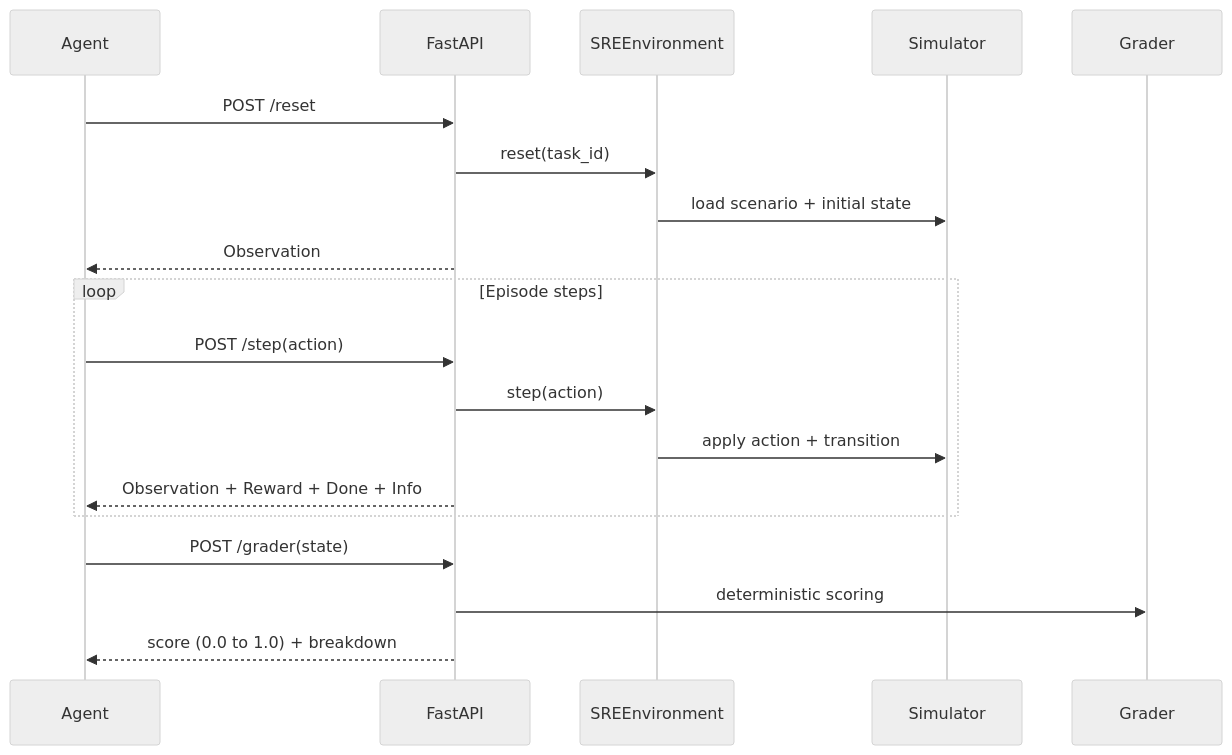
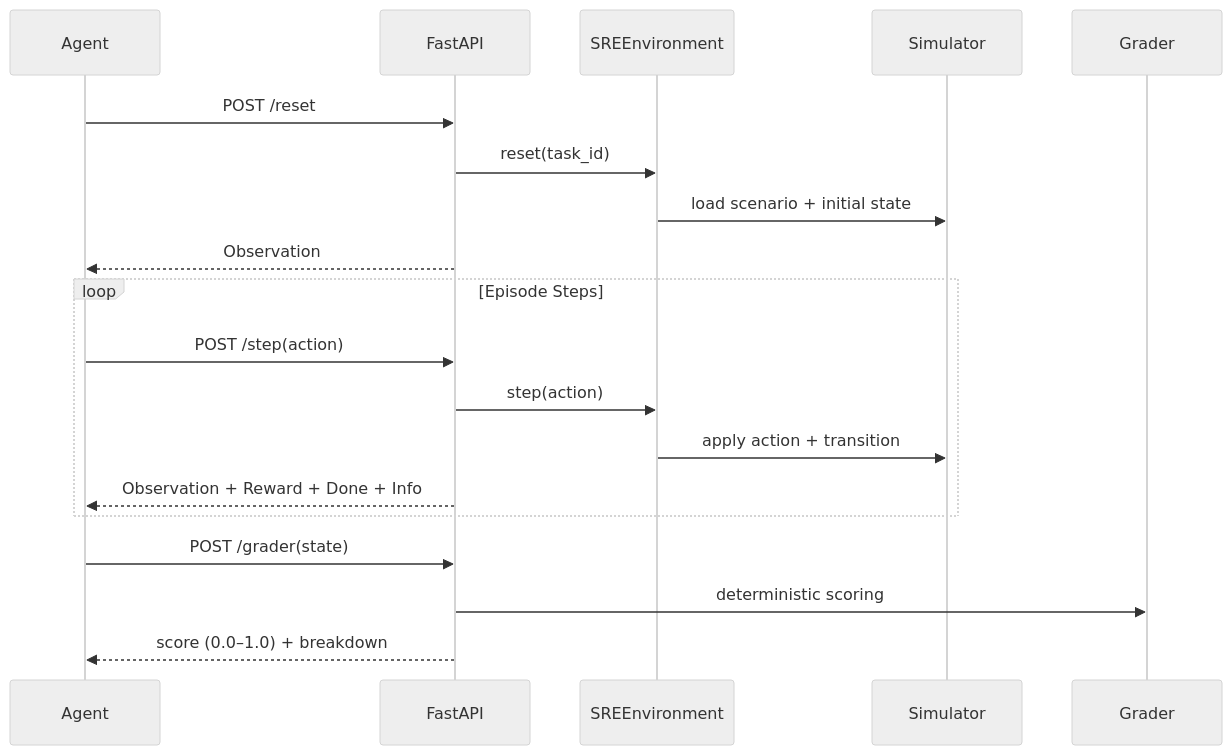
One commit to siddheshkadane01/Cloud-Chaos-SRE changed the second of 3 diagrams in README.md. Above: the diagram before and after it, drawn with Mermaid (neutral theme). The commit also changed other lines of this file, not shown here.

````diff
--- a/README.md
+++ b/README.md
@@ -311,24 +98,24 @@
 ```mermaid
 sequenceDiagram
   participant Agent
   participant API as FastAPI
   participant Env as SREEnvironment
   participant Sim as Simulator
   participant Grader
 
   Agent->>API: POST /reset
   API->>Env: reset(task_id)
   Env->>Sim: load scenario + initial state
   API-->>Agent: Observation
 
-  loop Episode steps
+  loop Episode Steps
     Agent->>API: POST /step(action)
     API->>Env: step(action)
     Env->>Sim: apply action + transition
     API-->>Agent: Observation + Reward + Done + Info
   end
 
   Agent->>API: POST /grader(state)
   API->>Grader: deterministic scoring
-  API-->>Agent: score (0.0 to 1.0) + breakdown
+  API-->>Agent: score (0.0–1.0) + breakdown
 ```
````
